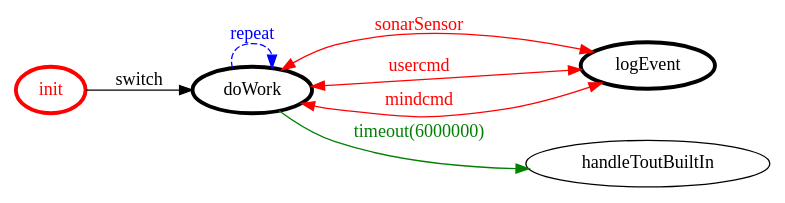
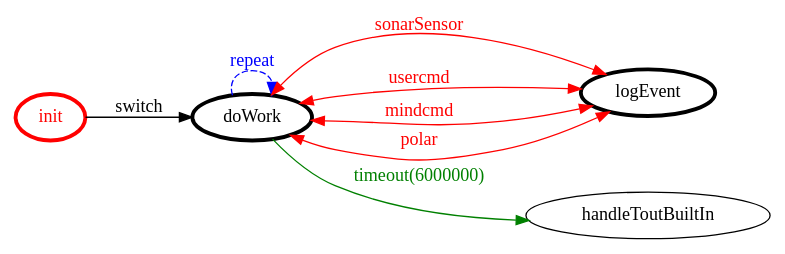
One commit to MatteoMendula/iss2018Lab changed the diagram in it.unibo.mbot.agent/bin/it/unibo/evlogagent/evlogagent.gv. Above: the diagram before and after it, drawn with Graphviz. The commit also changed 156 other files, not shown here.

```diff
--- a/it.unibo.mbot.agent/bin/it/unibo/evlogagent/evlogagent.gv
+++ b/it.unibo.mbot.agent/bin/it/unibo/evlogagent/evlogagent.gv
@@ -1,22 +1,23 @@
 /*
 *
 * A GraphViz DOT FSM description 
 * Please use a GraphViz visualizer (like http://www.webgraphviz.com)
 *  
 */
 
 digraph finite_state_machine {
 	rankdir=LR
 	size="8,5"
 	
 	init [ color = red ][ fontcolor = red ][ penwidth = 3 ]
 	doWork [ color = black ][ fontcolor = black ][ penwidth = 3 ]
 	logEvent [ color = black ][ fontcolor = black ][ penwidth = 3 ]
 	
 	doWork -> logEvent [ label = "sonarSensor" ][ color = red ][ fontcolor = red ][ dir = both ]
 	doWork -> handleToutBuiltIn [ label = "timeout(6000000)" ][ color = green ][ fontcolor = green ]
 	doWork -> logEvent [ label = "usercmd" ][ color = red ][ fontcolor = red ][ dir = both ]
 	init -> doWork [ label = "switch" ][ color = black ][ fontcolor = black ]
 	doWork -> logEvent [ label = "mindcmd" ][ color = red ][ fontcolor = red ][ dir = both ]
+	doWork -> logEvent [ label = "polar" ][ color = red ][ fontcolor = red ][ dir = both ]
 	doWork -> doWork [ label = "repeat "][ style = dashed ][ color = blue ][ fontcolor = blue ]
 }
```
